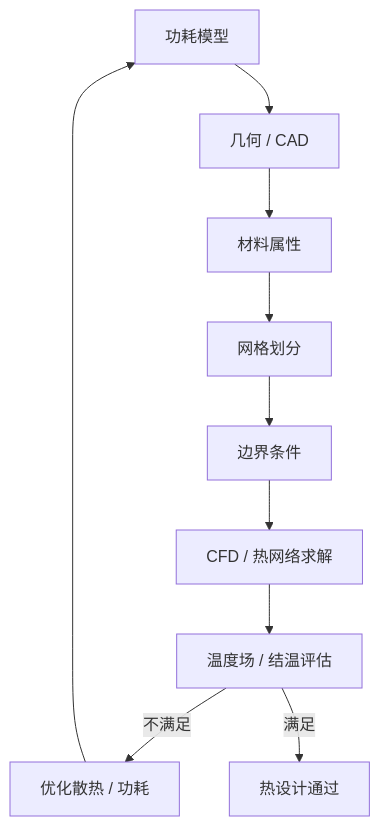
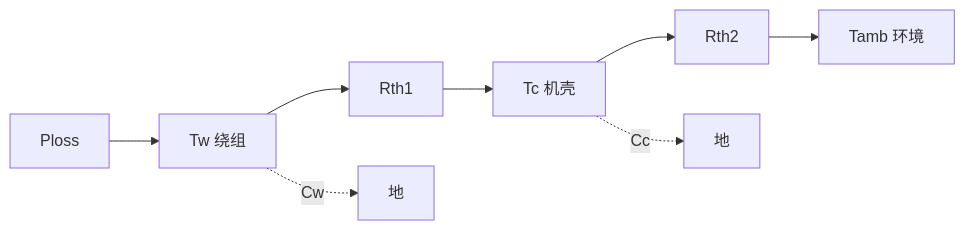
Before and after one commit to YansongW/awesome-humanoid-robot: the diagram in research/methods/ent_method_thermal_simulation.md, drawn with Mermaid. The commit also changed other lines of this file and 240 other files, not shown here.

````diff
--- a/research/methods/ent_method_thermal_simulation.md
+++ b/research/methods/ent_method_thermal_simulation.md
@@ -61,12 +56,10 @@
 ```mermaid
-flowchart TD
-    A["功耗模型"] --> B["几何 / CAD"]
-    B --> C["材料属性"]
-    C --> D["网格划分"]
-    D --> E["边界条件"]
-    E --> F["CFD / 热网络求解"]
-    F --> G["温度场 / 结温评估"]
-    G -->|"不满足"| H["优化散热 / 功耗"]
-    H --> A
-    G -->|"满足"| I["热设计通过"]
+flowchart LR
+    P["Ploss"] --> Tw["Tw 绕组"]
+    Tw --> R1["Rth1"]
+    R1 --> Tc["Tc 机壳"]
+    Tc --> R2["Rth2"]
+    R2 --> Tamb["Tamb 环境"]
+    Tw -.Cw.-> GND1["地"]
+    Tc -.Cc.-> GND2["地"]
 ```
````
